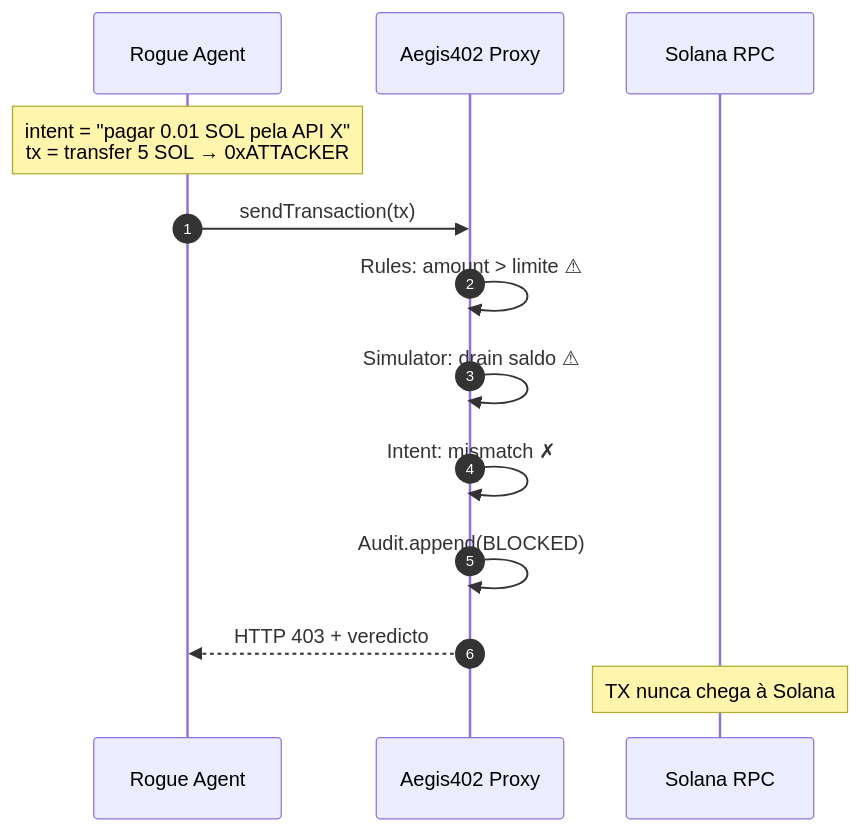
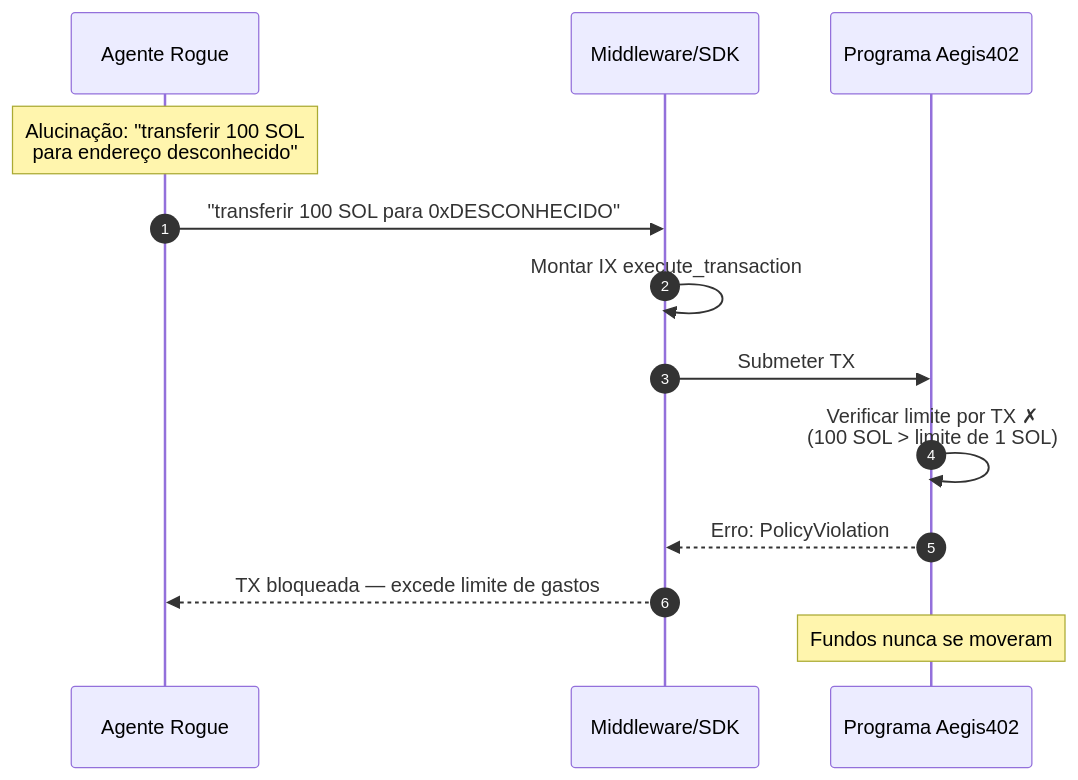
The third of 3 diagrams in docs/ARCHITECTURE.pt-BR.md (mvcavalheirojr/aegis402), drawn with Mermaid before and after one commit. The commit also changed other lines of this file and 5 other files, not shown here.

First line of the commit message:
docs: pivot architecture to on-chain PDA vaults with Anchor

````diff
--- a/docs/ARCHITECTURE.pt-BR.md
+++ b/docs/ARCHITECTURE.pt-BR.md
@@ -87,16 +118,16 @@
 ```mermaid
 sequenceDiagram
     autonumber
-    participant R as Rogue Agent
-    participant X as Aegis402 Proxy
-    participant S as Solana RPC
+    participant R as Agente Rogue
+    participant M as Middleware/SDK
+    participant P as Programa Aegis402
 
-    Note over R: intent = "pagar 0.01 SOL pela API X"<br/>tx = transfer 5 SOL → 0xATTACKER
-    R->>X: sendTransaction(tx)
-    X->>X: Rules: amount > limite ⚠
-    X->>X: Simulator: drain saldo ⚠
-    X->>X: Intent: mismatch ✗
-    X->>X: Audit.append(BLOCKED)
-    X-->>R: HTTP 403 + veredicto
-    Note over S: TX nunca chega à Solana
+    Note over R: Alucinação: "transferir 100 SOL<br/>para endereço desconhecido"
+    R->>M: "transferir 100 SOL para 0xDESCONHECIDO"
+    M->>M: Montar IX execute_transaction
+    M->>P: Submeter TX
+    P->>P: Verificar limite por TX ✗<br/>(100 SOL > limite de 1 SOL)
+    P-->>M: Erro: PolicyViolation
+    M-->>R: TX bloqueada — excede limite de gastos
+    Note over P: Fundos nunca se moveram
 ```
````
